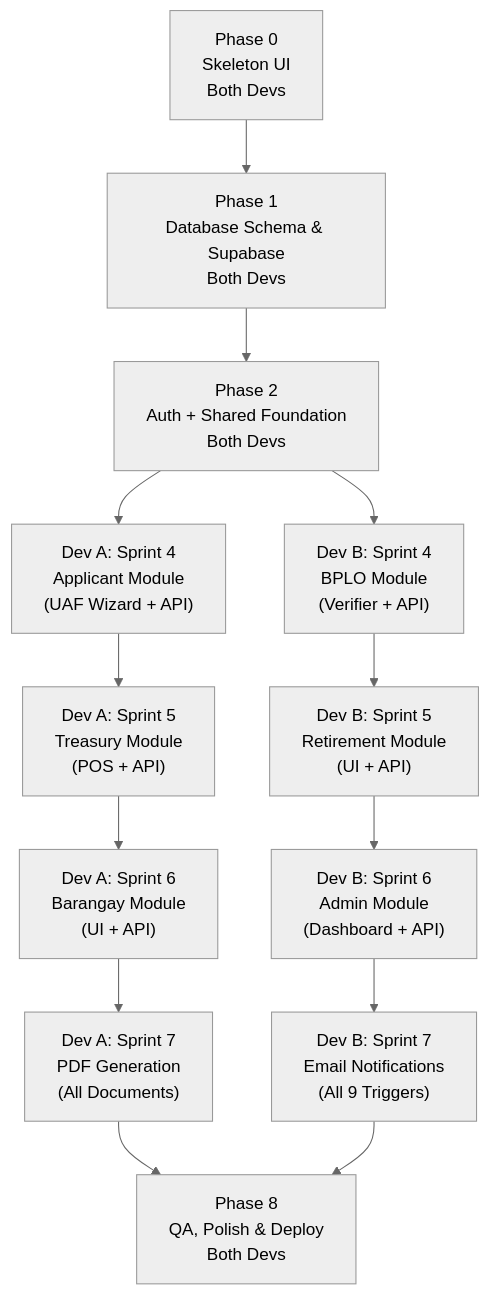
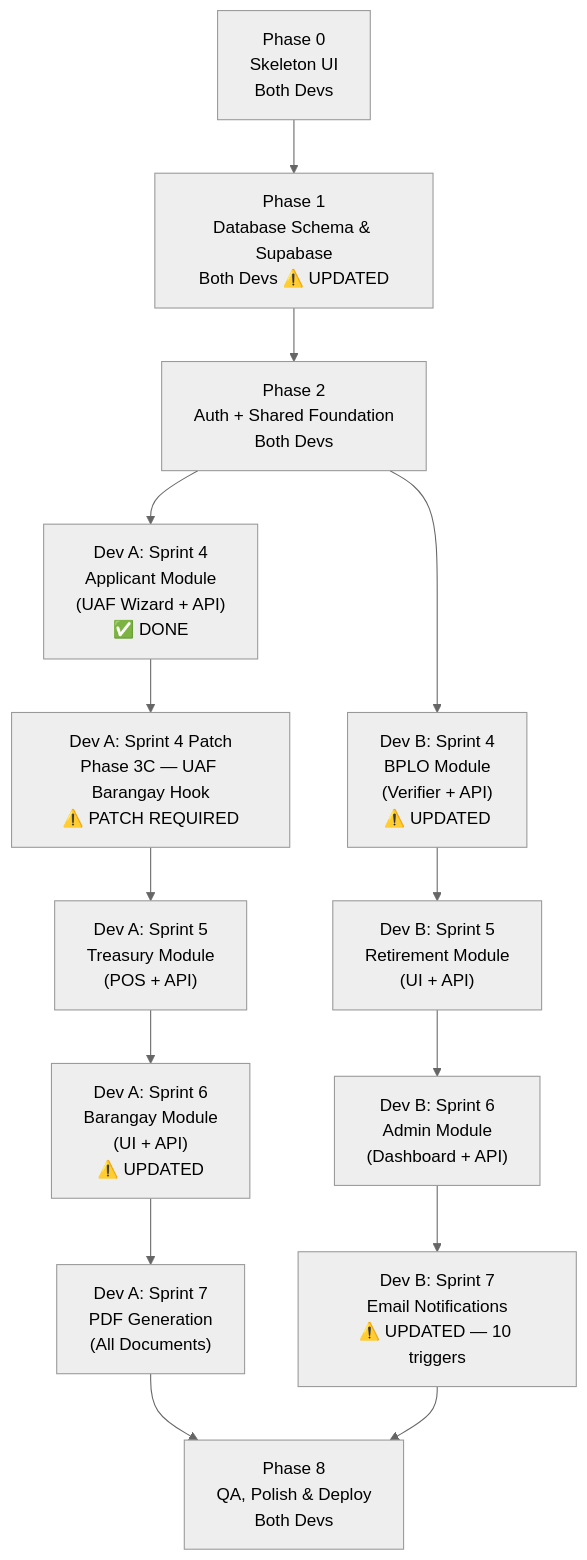
The diagram in system-planning/eBPLS_Implementation_Plan.md (albuerocedrick/ebpls), drawn with Mermaid (neutral theme) before and after one commit. The commit also changed other lines of this file and 2 other files, not shown here.

````diff
--- a/system-planning/eBPLS_Implementation_Plan.md
+++ b/system-planning/eBPLS_Implementation_Plan.md
@@ -31,33 +43,36 @@
 ```mermaid
 graph TD
     P0["Phase 0<br/>Skeleton UI<br/>Both Devs"]
-    P1["Phase 1<br/>Database Schema & Supabase<br/>Both Devs"]
+    P1["Phase 1<br/>Database Schema & Supabase<br/>Both Devs ⚠️ UPDATED"]
     P2["Phase 2<br/>Auth + Shared Foundation<br/>Both Devs"]
 
-    PA3["Dev A: Sprint 4<br/>Applicant Module<br/>(UAF Wizard + API)"]
-    PB3["Dev B: Sprint 4<br/>BPLO Module<br/>(Verifier + API)"]
+    PA3["Dev A: Sprint 4<br/>Applicant Module<br/>(UAF Wizard + API)<br/>✅ DONE"]
+    P3C["Dev A: Sprint 4 Patch<br/>Phase 3C — UAF Barangay Hook<br/>⚠️ PATCH REQUIRED"]
+
+    PB3["Dev B: Sprint 4<br/>BPLO Module<br/>(Verifier + API)<br/>⚠️ UPDATED"]
 
     PA4["Dev A: Sprint 5<br/>Treasury Module<br/>(POS + API)"]
     PB4["Dev B: Sprint 5<br/>Retirement Module<br/>(UI + API)"]
 
-    PA5["Dev A: Sprint 6<br/>Barangay Module<br/>(UI + API)"]
+    PA5["Dev A: Sprint 6<br/>Barangay Module<br/>(UI + API)<br/>⚠️ UPDATED"]
     PB5["Dev B: Sprint 6<br/>Admin Module<br/>(Dashboard + API)"]
 
     PA6["Dev A: Sprint 7<br/>PDF Generation<br/>(All Documents)"]
-    PB6["Dev B: Sprint 7<br/>Email Notifications<br/>(All 9 Triggers)"]
+    PB6["Dev B: Sprint 7<br/>Email Notifications<br/>⚠️ UPDATED — 10 triggers"]
 
     P7["Phase 8<br/>QA, Polish & Deploy<br/>Both Devs"]
 
     P0 --> P1
     P1 --> P2
     P2 --> PA3
+    PA3 --> P3C
     P2 --> PB3
-    PA3 --> PA4
+    P3C --> PA4
     PB3 --> PB4
     PA4 --> PA5
     PB4 --> PB5
     PA5 --> PA6
     PB5 --> PB6
     PA6 --> P7
     PB6 --> P7
 ```
````
